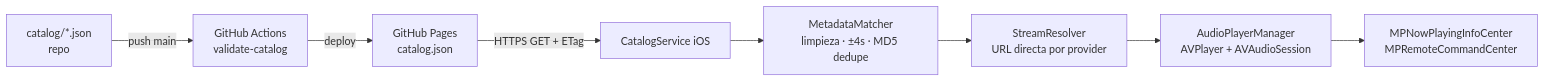
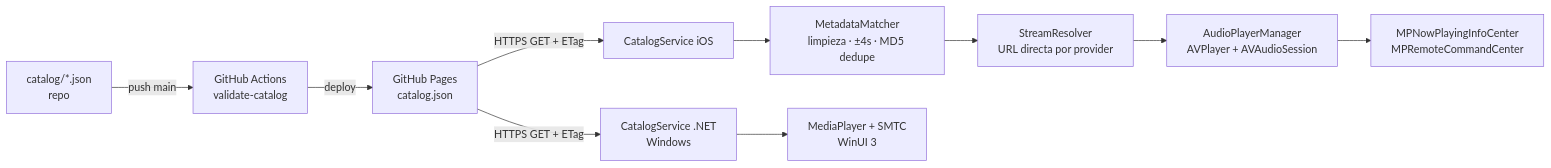
Before and after one commit to vhkp259r94-cmyk/spotios: the diagram in README.md, drawn with Mermaid. The commit also changed other lines of this file and 3 other files, not shown here.

````diff
--- a/README.md
+++ b/README.md
@@ -45,10 +51,12 @@
 ```mermaid
 flowchart LR
   A[catalog/*.json<br/>repo] -->|push main| B[GitHub Actions<br/>validate-catalog]
   B -->|deploy| C[GitHub Pages<br/>catalog.json]
   C -->|HTTPS GET + ETag| D[CatalogService iOS]
   D --> E[MetadataMatcher<br/>limpieza · ±4s · MD5 dedupe]
   E --> F[StreamResolver<br/>URL directa por provider]
   F --> G[AudioPlayerManager<br/>AVPlayer + AVAudioSession]
   G --> H[MPNowPlayingInfoCenter<br/>MPRemoteCommandCenter]
+  C -->|HTTPS GET + ETag| W[CatalogService .NET<br/>Windows]
+  W --> X[MediaPlayer + SMTC<br/>WinUI 3]
 ```
````
